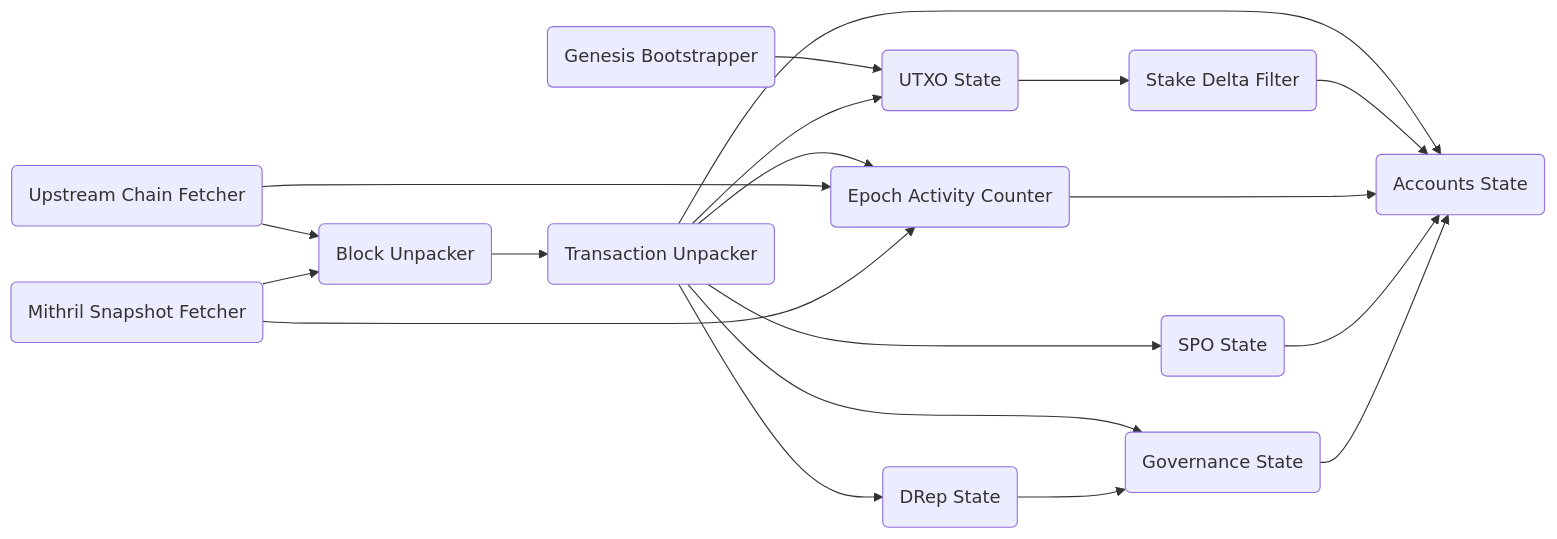
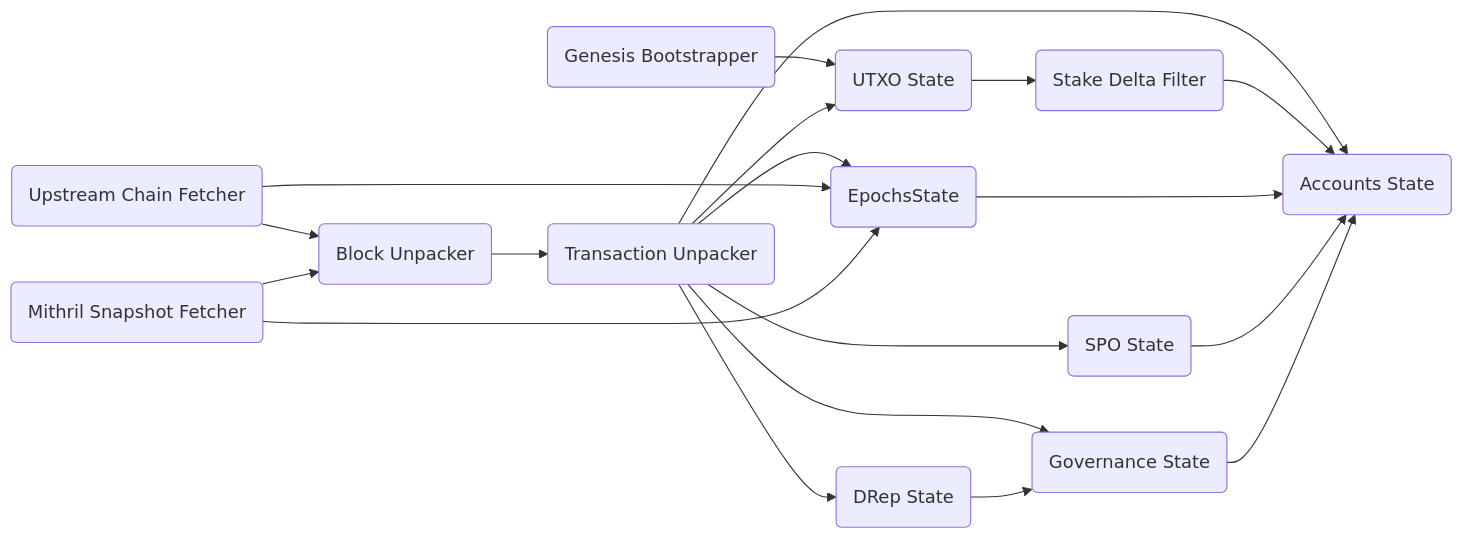
Before and after one commit to input-output-hk/acropolis: the second of 2 diagrams in README.md, drawn with Mermaid. The commit also changed other lines of this file and 20 other files, not shown here.

Commit message:
refactor: rename epoch activity couter to epochs state

````diff
--- a/README.md
+++ b/README.md
@@ -64,35 +64,35 @@
 ```mermaid
 graph LR
 
    UpstreamChainFetcher(Upstream Chain Fetcher)
    GenesisBootstrapper(Genesis Bootstrapper)
    MithrilSnapshotFetcher(Mithril Snapshot Fetcher)
    BlockUnpacker(Block Unpacker)
    TxUnpacker(Transaction Unpacker)
    UTXOState(UTXO State)
    SPOState(SPO State)
    DRepState(DRep State)
    GovernanceState(Governance State)
    StakeDeltaFilter(Stake Delta Filter)
-   EpochActivityCounter(Epoch Activity Counter)
+   EpochsState(EpochsState)
    AccountsState(Accounts State)
 
    UpstreamChainFetcher --> BlockUnpacker
    MithrilSnapshotFetcher --> BlockUnpacker
    BlockUnpacker --> TxUnpacker
    GenesisBootstrapper --> UTXOState
    TxUnpacker --> UTXOState
-   TxUnpacker --> EpochActivityCounter
+   TxUnpacker --> EpochsState
    TxUnpacker --> AccountsState
    TxUnpacker --> SPOState
    TxUnpacker --> DRepState
    TxUnpacker --> GovernanceState
    UTXOState --> StakeDeltaFilter
    StakeDeltaFilter --> AccountsState
-   UpstreamChainFetcher --> EpochActivityCounter
-   MithrilSnapshotFetcher --> EpochActivityCounter
-   EpochActivityCounter --> AccountsState
+   UpstreamChainFetcher --> EpochsState
+   MithrilSnapshotFetcher --> EpochsState
+   EpochsState --> AccountsState
    SPOState --> AccountsState
    DRepState --> GovernanceState
    GovernanceState --> AccountsState
 ```
````
